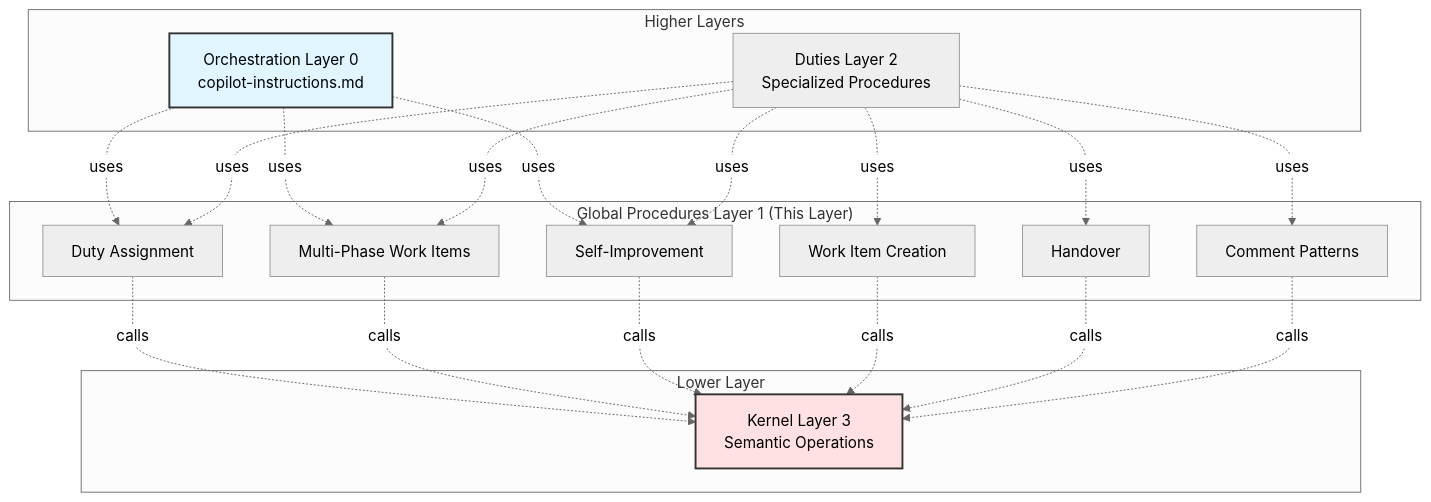
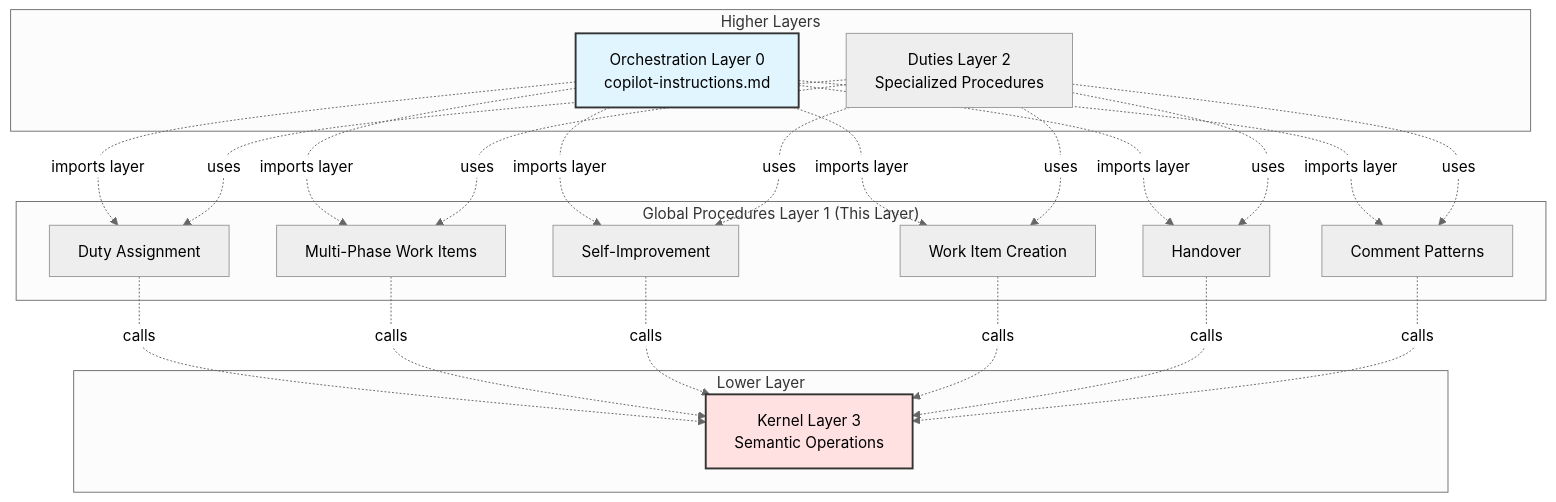
Before and after one commit to dazinator/DataFlow: the diagram in .team/procedures/README.md, drawn with Mermaid (neutral theme). The commit also changed other lines of this file and 18 other files, not shown here.

First line of the commit message:
[Phase 4] Restructure orchestration layer to layered architecture (#379)

````diff
--- a/.team/procedures/README.md
+++ b/.team/procedures/README.md
@@ -29,41 +29,44 @@
 ```mermaid
 flowchart TB
     subgraph "Higher Layers"
         ORCH[Orchestration Layer 0<br/>copilot-instructions.md]
         DUTIES[Duties Layer 2<br/>Specialized Procedures]
     end
     
     subgraph "Global Procedures Layer 1 (This Layer)"
         DUTY[Duty Assignment]
         MULTI[Multi-Phase Work Items]
         IMPROVE[Self-Improvement]
         CREATE[Work Item Creation]
         HANDOVER[Handover]
         COMMENT[Comment Patterns]
     end
     
     subgraph "Lower Layer"
         KERNEL[Kernel Layer 3<br/>Semantic Operations]
     end
     
-    ORCH -.->|uses| DUTY
-    ORCH -.->|uses| MULTI
-    ORCH -.->|uses| IMPROVE
+    ORCH -.->|imports layer| DUTY
+    ORCH -.->|imports layer| MULTI
+    ORCH -.->|imports layer| IMPROVE
+    ORCH -.->|imports layer| CREATE
+    ORCH -.->|imports layer| HANDOVER
+    ORCH -.->|imports layer| COMMENT
     
     DUTIES -.->|uses| DUTY
     DUTIES -.->|uses| MULTI
     DUTIES -.->|uses| CREATE
     DUTIES -.->|uses| HANDOVER
     DUTIES -.->|uses| COMMENT
     DUTIES -.->|uses| IMPROVE
     
     DUTY -.->|calls| KERNEL
     MULTI -.->|calls| KERNEL
     IMPROVE -.->|calls| KERNEL
     CREATE -.->|calls| KERNEL
     HANDOVER -.->|calls| KERNEL
     COMMENT -.->|calls| KERNEL
     
     style KERNEL fill:#ffe1e1,stroke:#333,stroke-width:2px
     style ORCH fill:#e1f5ff,stroke:#333,stroke-width:2px
 ```
````
